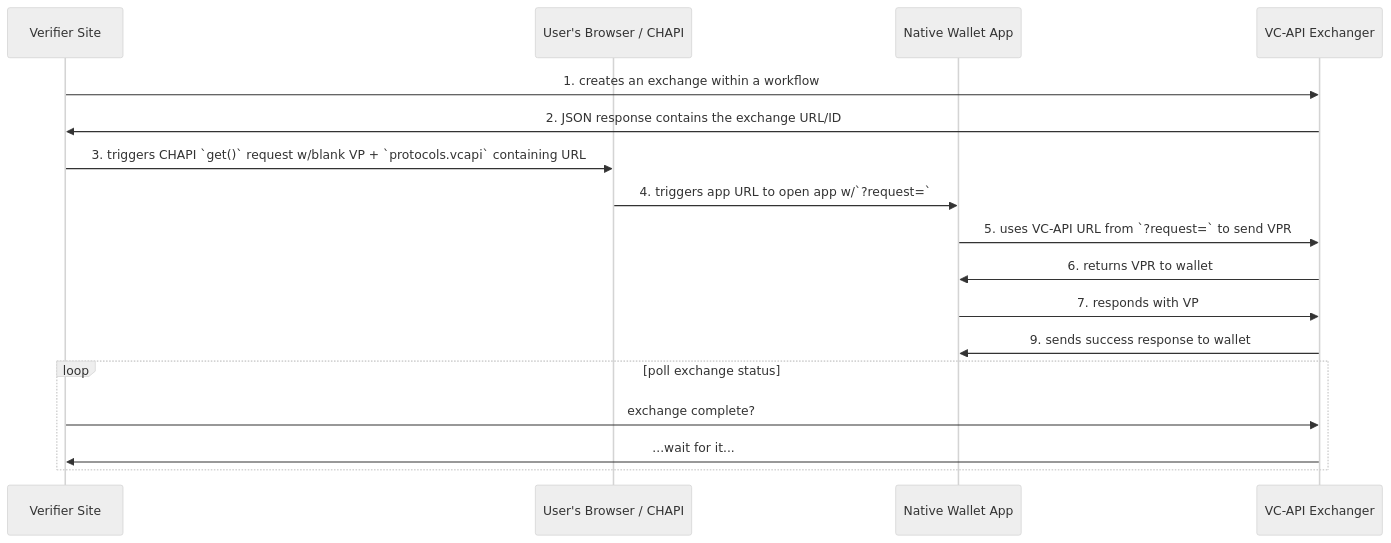
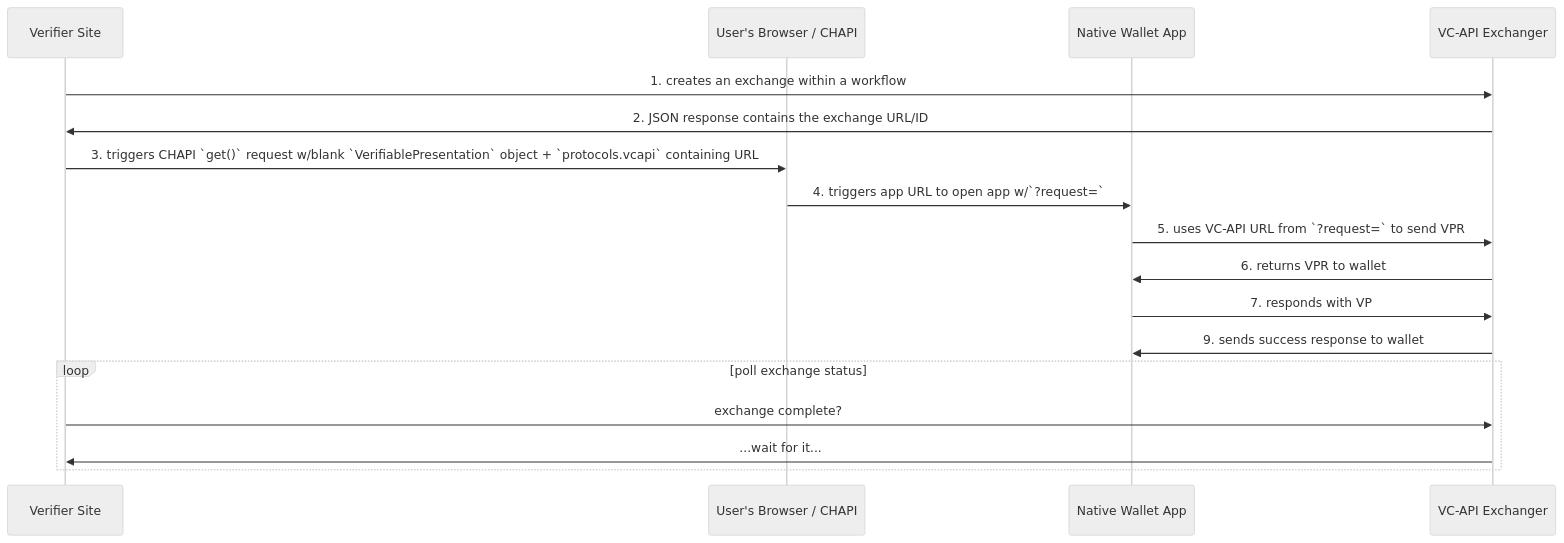
The diagram in developers/wallets/native/index.md (credential-handler/chapi.io), drawn with Mermaid (neutral theme) before and after one commit.

Commit message:
Improve mermaid flow around blank VP object.

```diff
--- a/developers/wallets/native/index.md
+++ b/developers/wallets/native/index.md
@@ -239,23 +239,23 @@
 {% mermaid %}
 sequenceDiagram
   # User visits a Verifier's website and interacts with it to trigger a verification
 
   participant site as Verifier Site
   participant chapi as User's Browser / CHAPI
   participant app as Native Wallet App
   participant exchanger as VC-API Exchanger
 
   site ->> exchanger: 1. creates an exchange within a workflow
   exchanger ->> site: 2. JSON response contains the exchange URL/ID
-  site ->> chapi: 3. triggers CHAPI `get()` request w/blank VP + `protocols.vcapi` containing URL
+  site ->> chapi: 3. triggers CHAPI `get()` request w/blank `VerifiablePresentation` object + `protocols.vcapi` containing URL
   chapi ->> app: 4. triggers app URL to open app w/`?request=`
   app ->> exchanger: 5. uses VC-API  URL from `?request=` to send VPR
   exchanger ->> app: 6. returns VPR to wallet
   app ->> exchanger: 7. responds with VP
   exchanger ->> app: 9. sends success response to wallet
   # Webhooks here maybe?
   loop poll exchange status
     site ->> exchanger: exchange complete?
     exchanger ->> site: ...wait for it...
   end
 {% endmermaid %}
```
